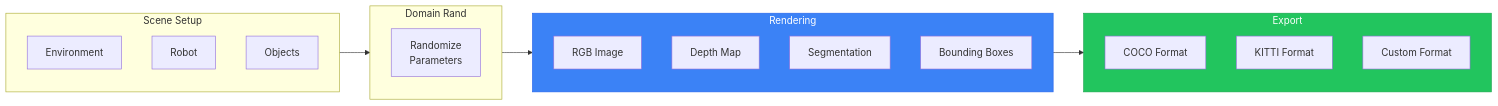
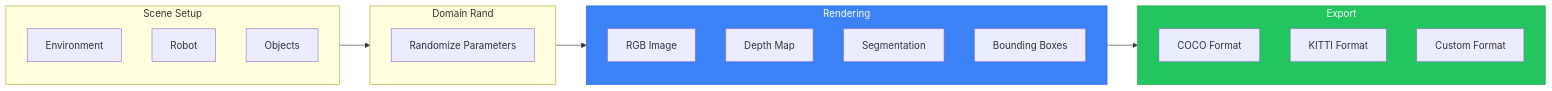
Before and after one commit to shakir-hussain1/physical-AI-and-humanoid-robotics-textbook-by-shakir-hussain: the fourth of 4 diagrams in docs/modules/module-3-isaac/chapter-10-sim.md, drawn with Mermaid. The commit also changed other lines of this file and 17 other files, not shown here.

Commit message:
fix: Remove br tags from Mermaid diagrams causing parse errors

````diff
--- a/docs/modules/module-3-isaac/chapter-10-sim.md
+++ b/docs/modules/module-3-isaac/chapter-10-sim.md
@@ -436,32 +436,32 @@
 ```mermaid
 flowchart LR
     subgraph Scene["Scene Setup"]
         ENV[Environment]
         ROBOT[Robot]
         OBJECTS[Objects]
     end
 
     subgraph DR["Domain Rand"]
-        RAND[Randomize<br/>Parameters]
+        RAND[Randomize Parameters]
     end
 
     subgraph Render["Rendering"]
         RGB[RGB Image]
         DEPTH[Depth Map]
         SEG[Segmentation]
         BBOX[Bounding Boxes]
     end
 
     subgraph Export["Export"]
         COCO[COCO Format]
         KITTI[KITTI Format]
         CUSTOM[Custom Format]
     end
 
     Scene --> DR
     DR --> Render
     Render --> Export
 
     style Render fill:#3b82f6,stroke:#2563eb,color:#fff
     style Export fill:#22c55e,stroke:#16a34a,color:#fff
 ```
````
